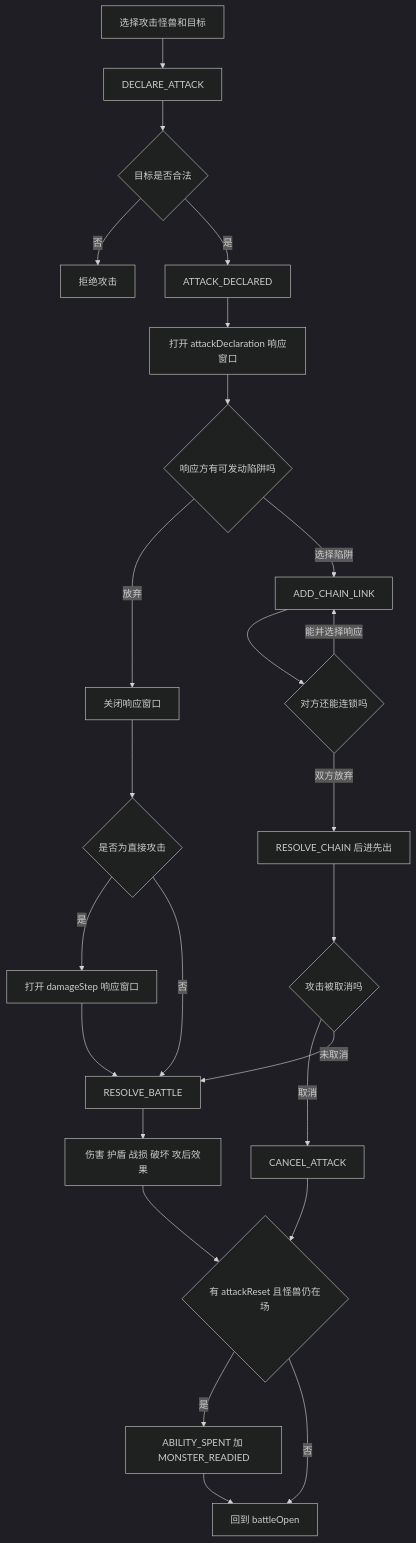
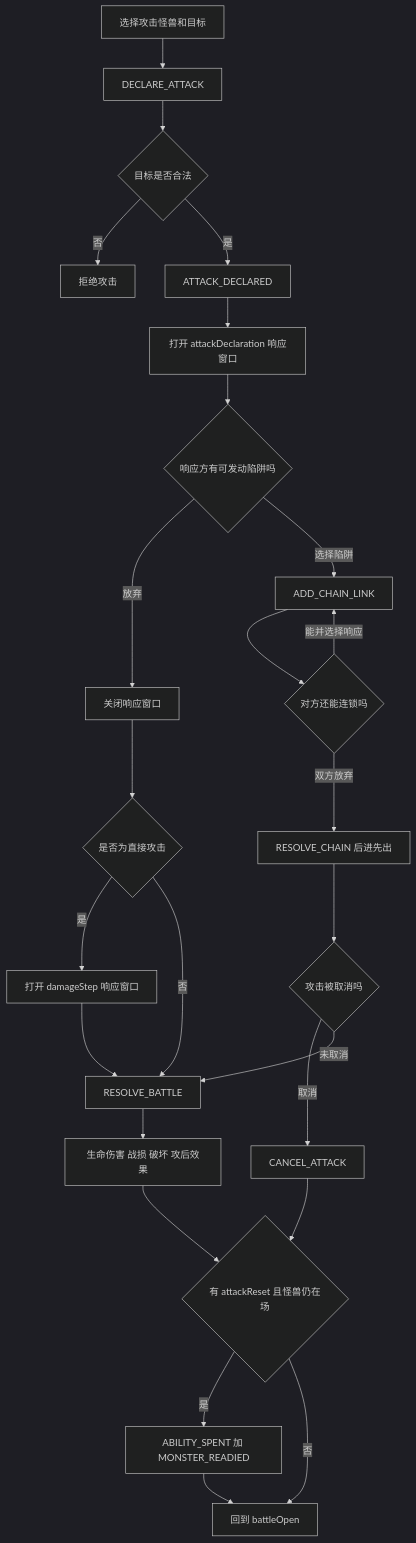
The ninth of 14 diagrams in GAME_FLOW.md (ssssaaa111/play_card_game), drawn with Mermaid (dark theme) before and after one commit. The commit also changed other lines of this file and 54 other files, not shown here.

````diff
--- a/GAME_FLOW.md
+++ b/GAME_FLOW.md
@@ -193,27 +193,27 @@
 ```mermaid
 flowchart TD
     Choose[选择攻击怪兽和目标] --> Declare[DECLARE_ATTACK]
     Declare --> ValidateTarget{目标是否合法}
     ValidateTarget -->|否| Reject[拒绝攻击]
     ValidateTarget -->|是| AttackEvent[ATTACK_DECLARED]
     AttackEvent --> Response[打开 attackDeclaration 响应窗口]
     Response --> TrapChoice{响应方有可发动陷阱吗}
     TrapChoice -->|放弃| Close[关闭响应窗口]
     TrapChoice -->|选择陷阱| Chain[ADD_CHAIN_LINK]
     Chain --> Priority{对方还能连锁吗}
     Priority -->|能并选择响应| Chain
     Priority -->|双方放弃| ResolveChain[RESOLVE_CHAIN 后进先出]
     ResolveChain --> Cancelled{攻击被取消吗}
     Close --> DamageWindow{是否为直接攻击}
     DamageWindow -->|是| DirectResponse[打开 damageStep 响应窗口]
     DamageWindow -->|否| Battle[RESOLVE_BATTLE]
     DirectResponse --> Battle
     Cancelled -->|取消| CancelAttack[CANCEL_ATTACK]
     Cancelled -->|未取消| Battle
     CancelAttack --> ResetCheck{有 attackReset 且怪兽仍在场}
-    Battle --> BattleEvents[伤害 护盾 战损 破坏 攻后效果]
+    Battle --> BattleEvents[生命伤害 战损 破坏 攻后效果]
     BattleEvents --> ResetCheck
     ResetCheck -->|是| Reset[ABILITY_SPENT 加 MONSTER_READIED]
     ResetCheck -->|否| Open[回到 battleOpen]
     Reset --> Open
 ```
````
